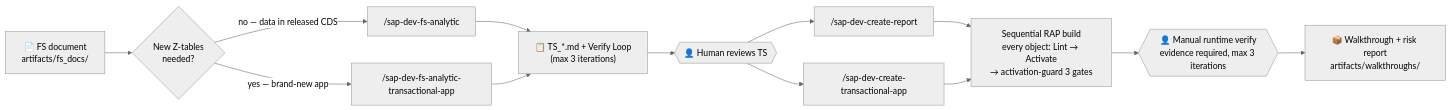
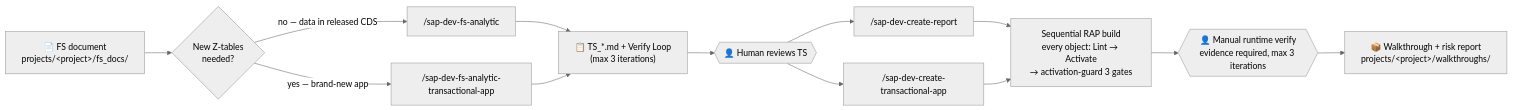
The second of 2 diagrams in README.md (dovoanhtruong/abap-agent-claudecode-workspace), drawn with Mermaid (neutral theme) before and after one commit. The commit also changed other lines of this file and 33 other files, not shown here.

````diff
--- a/README.md
+++ b/README.md
@@ -42,15 +42,15 @@
 ```mermaid
 flowchart LR
-    FS["📄 FS document<br/>artifacts/fs_docs/"] --> A{"New Z-tables<br/>needed?"}
+    FS["📄 FS document<br/>projects/&lt;project&gt;/fs_docs/"] --> A{"New Z-tables<br/>needed?"}
     A -->|"no — data in released CDS"| FA["/sap-dev-fs-analytic"]
     A -->|"yes — brand-new app"| FAT["/sap-dev-fs-analytic-transactional-app"]
     FA --> TS["📋 TS_*.md + Verify Loop<br/>(max 3 iterations)"]
     FAT --> TS
     TS --> G1{{"👤 Human reviews TS"}}
     G1 --> CR["/sap-dev-create-report"]
     G1 --> CTA["/sap-dev-create-transactional-app"]
     CR --> BUILD["Sequential RAP build<br/>every object: Lint → Activate<br/>→ activation-guard 3 gates"]
     CTA --> BUILD
     BUILD --> G2{{"👤 Manual runtime verify<br/>evidence required, max 3 iterations"}}
-    G2 --> WT["📦 Walkthrough + risk report<br/>artifacts/walkthroughs/"]
+    G2 --> WT["📦 Walkthrough + risk report<br/>projects/&lt;project&gt;/walkthroughs/"]
 ```
````
